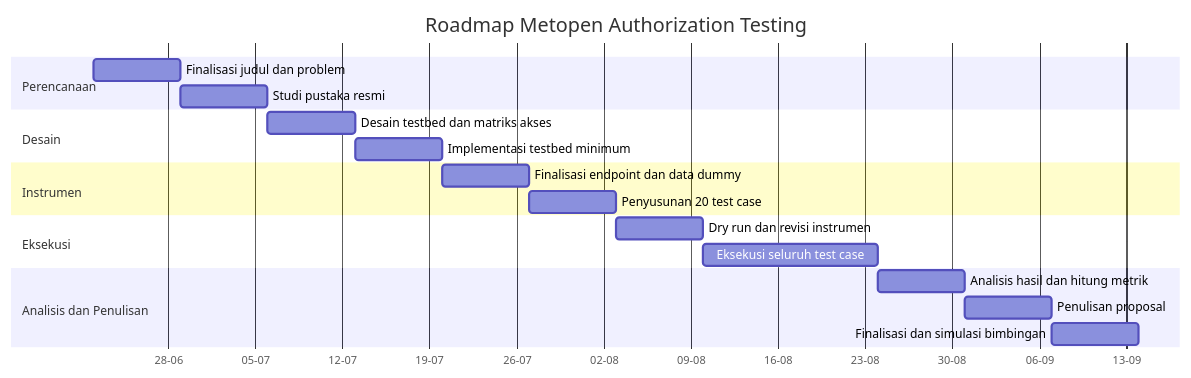
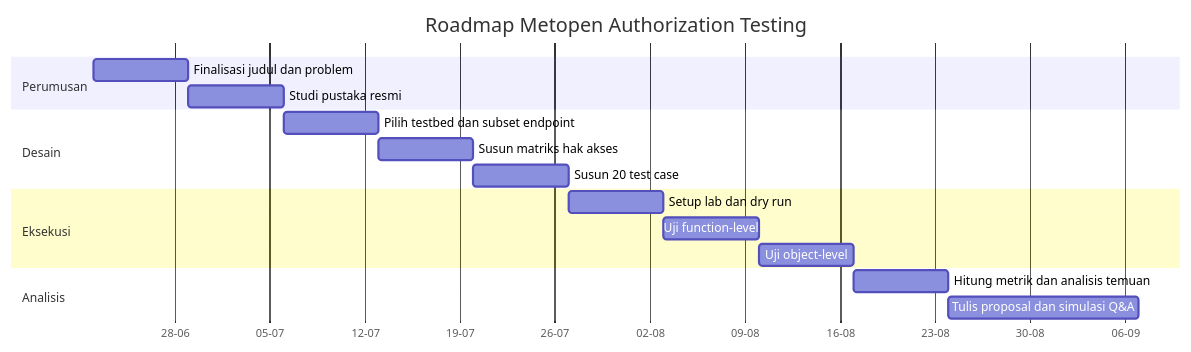
One commit to Doni-15/Metopen-Doni changed the diagram in README.md. Above: the diagram before and after it, drawn with Mermaid. The commit also changed other lines of this file and 1 other file, not shown here.

````diff
--- a/README.md
+++ b/README.md
@@ -453,27 +995,24 @@
 ```mermaid
 gantt
     title Roadmap Metopen Authorization Testing
     dateFormat  YYYY-MM-DD
     axisFormat  %d-%m
 
-    section Perencanaan
-    Finalisasi judul dan problem          :a1, 2026-06-22, 7d
-    Studi pustaka resmi                   :a2, after a1, 7d
+    section Perumusan
+    Finalisasi judul dan problem        :a1, 2026-06-22, 7d
+    Studi pustaka resmi                 :a2, after a1, 7d
 
     section Desain
-    Desain testbed dan matriks akses      :b1, after a2, 7d
-    Implementasi testbed minimum          :b2, after b1, 7d
-
-    section Instrumen
-    Finalisasi endpoint dan data dummy    :c1, after b2, 7d
-    Penyusunan 20 test case               :c2, after c1, 7d
+    Pilih testbed dan subset endpoint   :b1, after a2, 7d
+    Susun matriks hak akses             :b2, after b1, 7d
+    Susun 20 test case                  :b3, after b2, 7d
 
     section Eksekusi
-    Dry run dan revisi instrumen          :d1, after c2, 7d
-    Eksekusi seluruh test case            :d2, after d1, 14d
+    Setup lab dan dry run               :c1, after b3, 7d
+    Uji function-level                  :c2, after c1, 7d
+    Uji object-level                    :c3, after c2, 7d
 
-    section Analisis dan Penulisan
-    Analisis hasil dan hitung metrik      :e1, after d2, 7d
-    Penulisan proposal                    :e2, after e1, 7d
-    Finalisasi dan simulasi bimbingan     :e3, after e2, 7d
+    section Analisis
+    Hitung metrik dan analisis temuan   :d1, after c3, 7d
+    Tulis proposal dan simulasi Q&A     :d2, after d1, 14d
 ```
````
